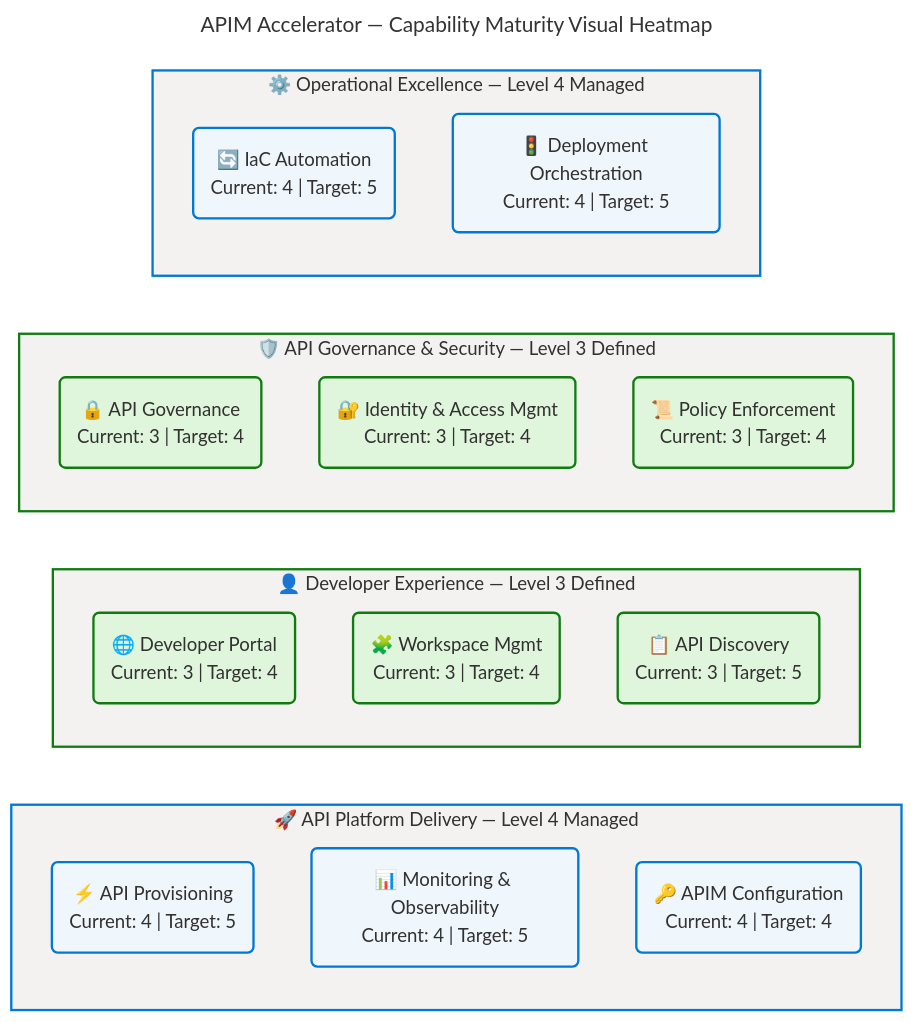
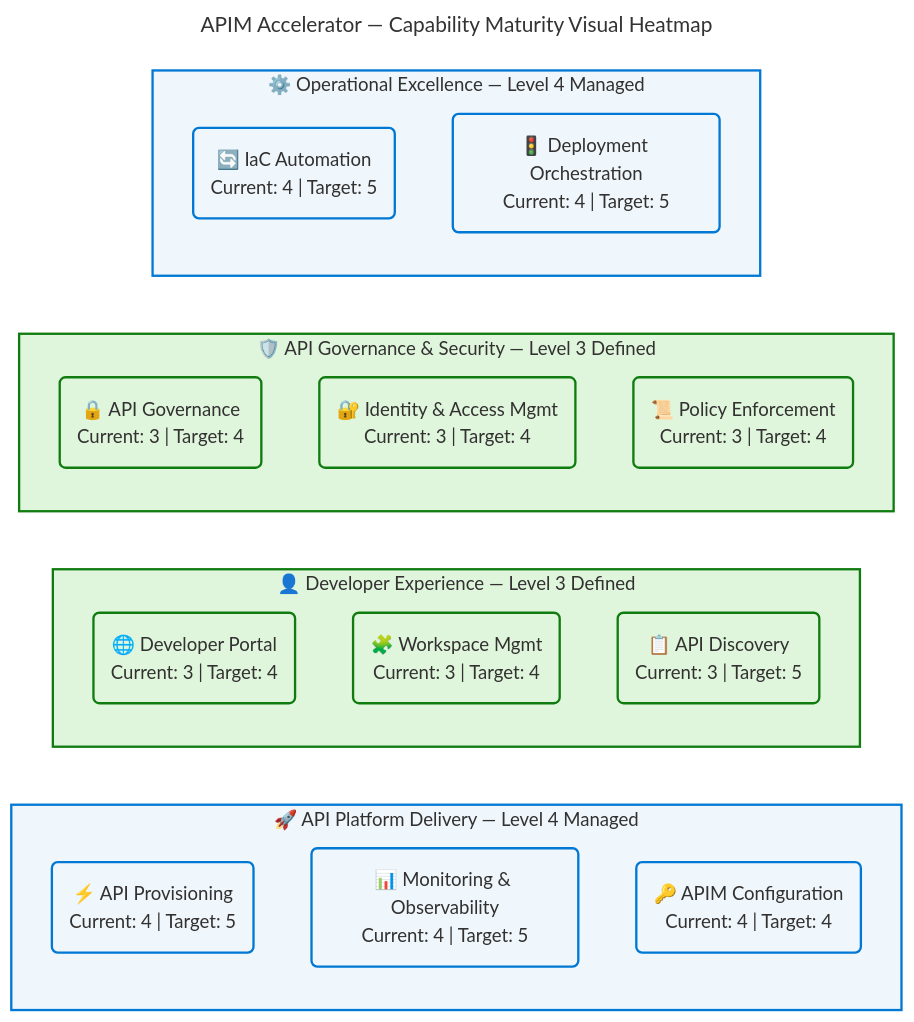
One commit to Evilazaro/APIM-Accelerator changed the fifth of 6 diagrams in docs/architecture/business-architecture.md. Above: the diagram before and after it, drawn with Mermaid. The commit also changed other lines of this file and 2 other files, not shown here.

Commit message:
style: update flowchart colors for consistency and improved clarity across architecture documentation

````diff
--- a/docs/architecture/business-architecture.md
+++ b/docs/architecture/business-architecture.md
@@ -731,58 +731,58 @@
 ```mermaid
 ---
 title: "APIM Accelerator — Capability Maturity Visual Heatmap"
 config:
   theme: base
   look: classic
   layout: dagre
   themeVariables:
     fontSize: '16px'
   flowchart:
     htmlLabels: true
 ---
 flowchart LR
     accTitle: APIM Accelerator Capability Maturity Visual Heatmap
     accDescr: Grouped flowchart showing current maturity level for eleven capabilities across four domains — API Platform Delivery and Operational Excellence at Level 4 Managed, Developer Experience and API Governance at Level 3 Defined
 
     %% ═══════════════════════════════════════════════════════════════════════════
     %% AZURE / FLUENT ARCHITECTURE PATTERN v1.1
     %% (Semantic + Structural + Font + Accessibility Governance)
     %% ═══════════════════════════════════════════════════════════════════════════
     %% PHASE 1 - FLUENT UI: All styling uses approved Fluent UI palette only
     %% PHASE 2 - GROUPS: Every subgraph has semantic color via style directive
     %% PHASE 3 - COMPONENTS: Every node has semantic classDef + icon prefix
     %% PHASE 4 - ACCESSIBILITY: accTitle/accDescr present, WCAG AA contrast
     %% PHASE 5 - STANDARD: Governance block present, classDefs centralized
     %% ═══════════════════════════════════════════════════════════════════════════
 
     subgraph apiPlatform["🚀 API Platform Delivery — Level 4 Managed"]
         c1("⚡ API Provisioning<br>Current: 4 | Target: 5"):::core
         c2("📊 Monitoring & Observability<br>Current: 4 | Target: 5"):::core
         c3("🔑 APIM Configuration<br>Current: 4 | Target: 4"):::core
     end
 
     subgraph devExp["👤 Developer Experience — Level 3 Defined"]
         c4("🌐 Developer Portal<br>Current: 3 | Target: 4"):::success
         c5("🧩 Workspace Mgmt<br>Current: 3 | Target: 4"):::success
         c6("📋 API Discovery<br>Current: 3 | Target: 5"):::success
     end
 
     subgraph governance["🛡️ API Governance & Security — Level 3 Defined"]
         c7("🔒 API Governance<br>Current: 3 | Target: 4"):::success
         c8("🔐 Identity & Access Mgmt<br>Current: 3 | Target: 4"):::success
         c9("📜 Policy Enforcement<br>Current: 3 | Target: 4"):::success
     end
 
     subgraph opEx["⚙️ Operational Excellence — Level 4 Managed"]
         c10("🔄 IaC Automation<br>Current: 4 | Target: 5"):::core
         c11("🚦 Deployment Orchestration<br>Current: 4 | Target: 5"):::core
     end
 
-    style apiPlatform fill:#F3F2F1,stroke:#0078D4,stroke-width:2px,color:#323130
-    style devExp fill:#F3F2F1,stroke:#107C10,stroke-width:2px,color:#323130
-    style governance fill:#F3F2F1,stroke:#107C10,stroke-width:2px,color:#323130
-    style opEx fill:#F3F2F1,stroke:#0078D4,stroke-width:2px,color:#323130
+    style apiPlatform fill:#EFF6FC,stroke:#0078D4,stroke-width:2px,color:#323130
+    style devExp fill:#DFF6DD,stroke:#107C10,stroke-width:2px,color:#323130
+    style governance fill:#DFF6DD,stroke:#107C10,stroke-width:2px,color:#323130
+    style opEx fill:#EFF6FC,stroke:#0078D4,stroke-width:2px,color:#323130
 
     classDef core fill:#EFF6FC,stroke:#0078D4,stroke-width:2px,color:#323130
     classDef success fill:#DFF6DD,stroke:#107C10,stroke-width:2px,color:#323130
 ```
````
